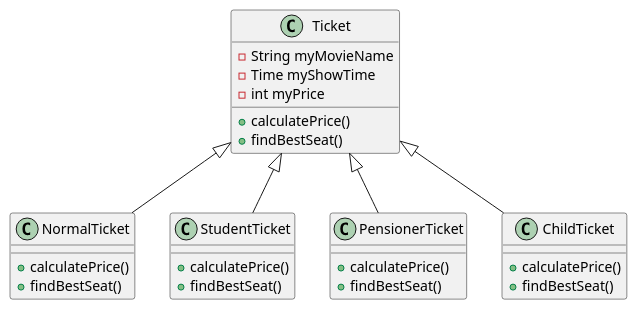
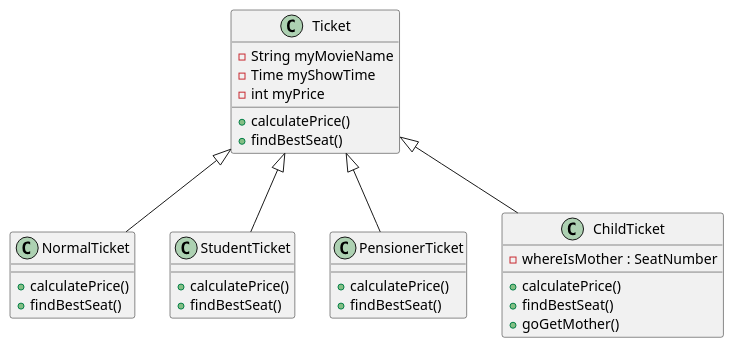
The third of 4 diagrams in Lectures/06-Inheritance-Polymorphism/AA-Inheritance-Polymorphism.org (bth-dipt-teaching/PA1482-Applied-OO-Design), drawn with PlantUML before and after one commit. The commit also changed 4 other files, not shown here.

```diff
--- a/Lectures/06-Inheritance-Polymorphism/AA-Inheritance-Polymorphism.org
+++ b/Lectures/06-Inheritance-Polymorphism/AA-Inheritance-Polymorphism.org
@@ -150,35 +150,37 @@
 #+begin_src plantuml :file CD-Inheritance3.png
 class Ticket {
 -String myMovieName
 -Time myShowTime
 -int myPrice
 +calculatePrice()
 +findBestSeat()
 }
 
 class NormalTicket {
 +calculatePrice()
 +findBestSeat()
 }
 
 class StudentTicket {
 +calculatePrice()
 +findBestSeat()
 }
 
 class PensionerTicket {
 +calculatePrice()
 +findBestSeat()
 }
 
 class ChildTicket {
 +calculatePrice()
 +findBestSeat()
+-whereIsMother : SeatNumber
++goGetMother()
 }
 
 
 Ticket <|-- NormalTicket
 Ticket <|-- StudentTicket
 Ticket <|-- PensionerTicket
 Ticket <|-- ChildTicket
 #+end_src
```
